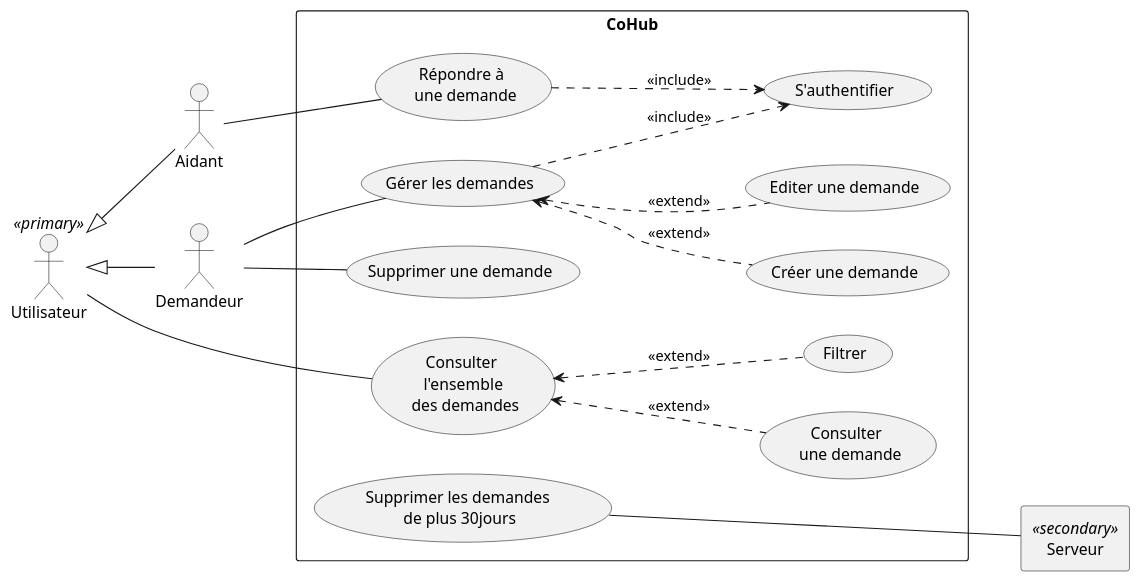
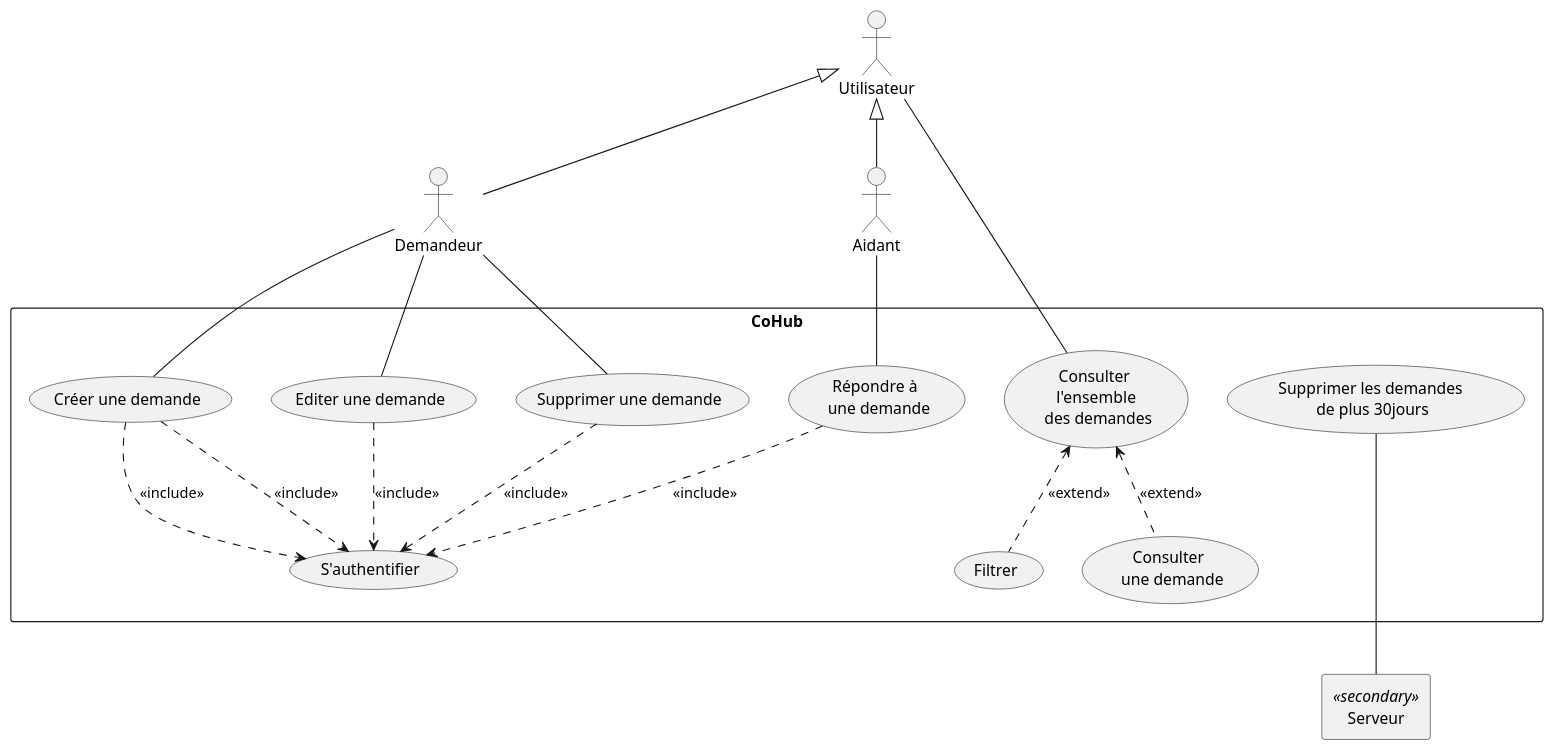
Before and after one commit to dorianleveque/CoHub: the diagram in docs/UML/cas utilisation.puml, drawn with PlantUML.

Commit message:
Update cas utilisation.puml

```diff
--- a/docs/UML/cas utilisation.puml
+++ b/docs/UML/cas utilisation.puml
@@ -1,38 +1,37 @@
-@startuml
-left to right direction
-actor Utilisateur as "Utilisateur" <<primary>>
-actor Aidant
 actor Demandeur
 agent Serveur as "Serveur" <<secondary>>
 
 Utilisateur <|-- Aidant
 Utilisateur <|-- Demandeur
 
 rectangle "CoHub" {
     usecase UC1 as "Consulter \n l'ensemble \n des demandes"
     usecase UC2 as "Consulter \n une demande"
     usecase UC3 as "Filtrer"
-    usecase UC4 as "Gérer les demandes"
     usecase UC5 as "Créer une demande"
     usecase UC6 as "Editer une demande"
     usecase UC7 as "Répondre à \n une demande"
     usecase UC8 as "S'authentifier"
     usecase UC9 as "Supprimer une demande"
     usecase UC10 as "Supprimer les demandes \n de plus 30jours " 
 
     Utilisateur -- (UC1)
     UC1 <.. UC2 : <<extend>>
     UC1 <.. UC3 : <<extend>>
+    
 
-    Demandeur -- UC4
+    Demandeur -- UC5
     Demandeur -- UC9
-    UC4 ..> UC8 : <<include>>
-    UC4 <.. UC5 : <<extend>>
-    UC4 <.. UC6 : <<extend>>
+    Demandeur -- UC6
+    UC5 ..> UC8 : <<include>>
+
 
     Aidant -- UC7
     UC7 ..> UC8 : <<include>>
+    UC5 ..> UC8 : <<include>>
+    UC6 ..> UC8 : <<include>>
+    UC9 ..> UC8 : <<include>>
 
     UC10 --- Serveur
 }
 @enduml
```
